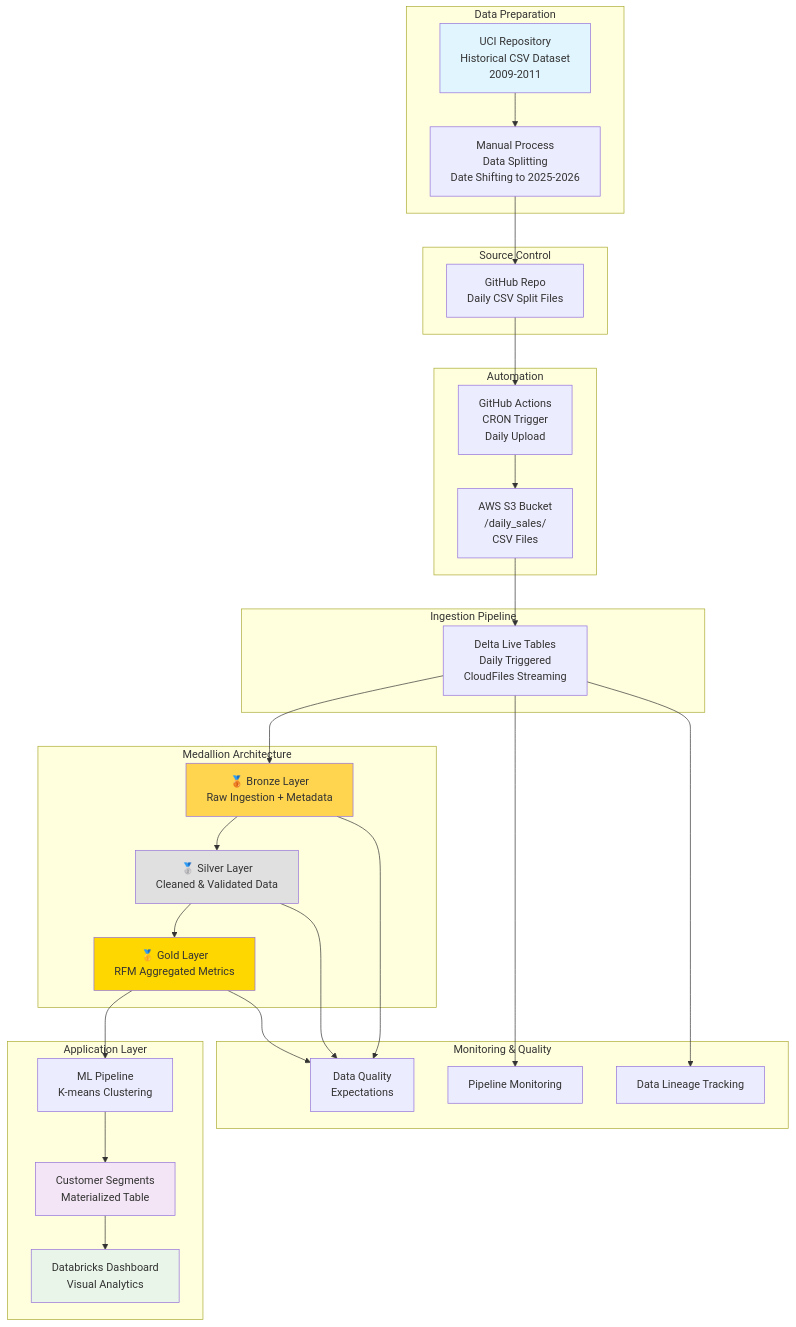
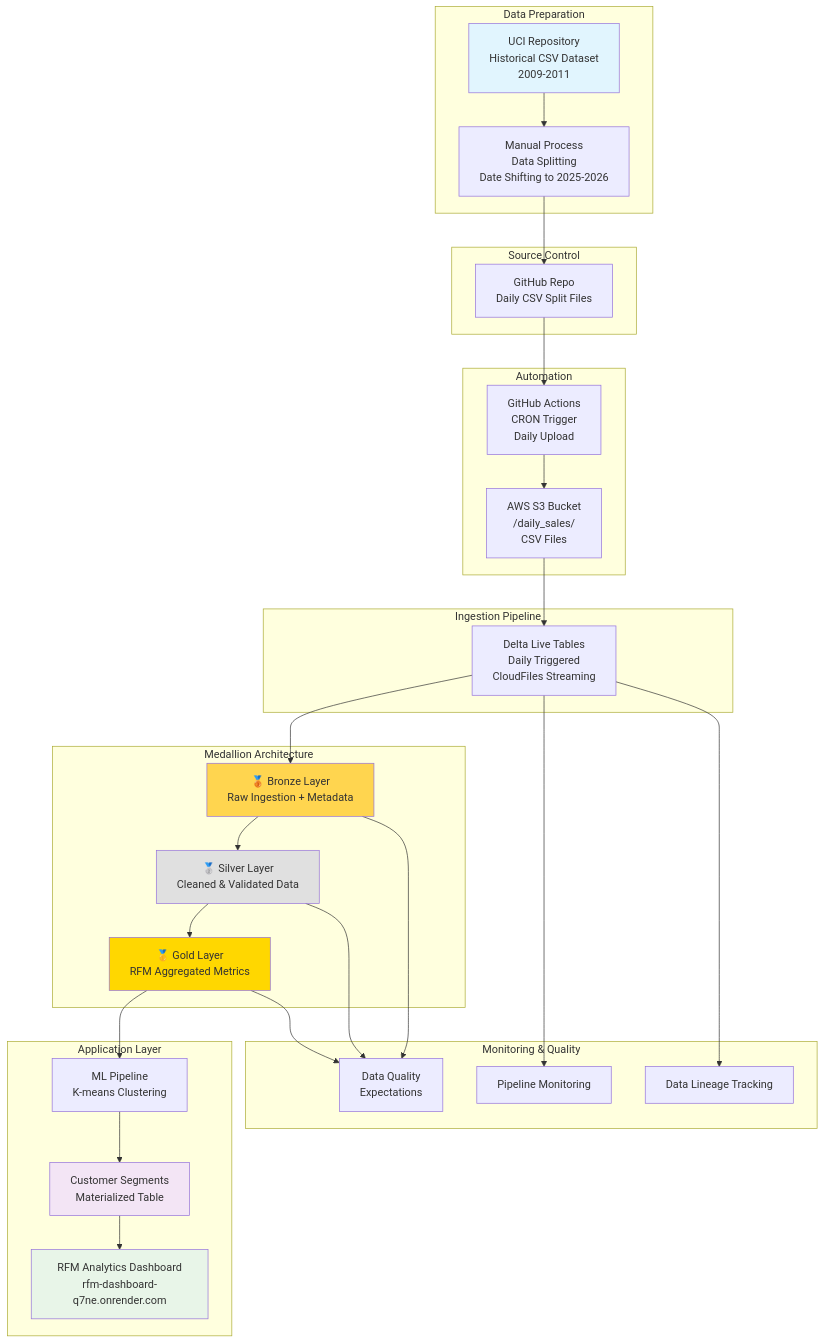
One commit to jemusni07/retail-pipeline changed the first of 2 diagrams in README.md. Above: the diagram before and after it, drawn with Mermaid. The commit also changed other lines of this file, not shown here.

````diff
--- a/README.md
+++ b/README.md
@@ -18,63 +30,63 @@
 ```mermaid
 graph TD
     subgraph "Data Preparation"
         UCI[UCI Repository<br/>Historical CSV Dataset<br/>2009-2011]
         SPLIT[Manual Process<br/>Data Splitting<br/>Date Shifting to 2025-2026]
     end
     
     subgraph "Source Control"
         GITHUB[GitHub Repo<br/>Daily CSV Split Files]
     end
     
     subgraph "Automation"
         ACTIONS[GitHub Actions<br/>CRON Trigger<br/>Daily Upload]
         S3[AWS S3 Bucket<br/>/daily_sales/<br/>CSV Files]
     end
     
     subgraph "Ingestion Pipeline"
         DLT[Delta Live Tables<br/>Daily Triggered<br/>CloudFiles Streaming]
     end
     
     subgraph "Medallion Architecture"
         BRONZE[🥉 Bronze Layer<br/>Raw Ingestion + Metadata]
         SILVER[🥈 Silver Layer<br/>Cleaned & Validated Data]
         GOLD[🥇 Gold Layer<br/>RFM Aggregated Metrics]
     end
     
     subgraph "Application Layer"
         ML[ML Pipeline<br/>K-means Clustering]
         SEGMENTS[Customer Segments<br/>Materialized Table]
-        DASHBOARD[Databricks Dashboard<br/>Visual Analytics]
+        DASHBOARD[RFM Analytics Dashboard<br/>rfm-dashboard-q7ne.onrender.com]
     end
     
     subgraph "Monitoring & Quality"
         DQ[Data Quality<br/>Expectations]
         MONITOR[Pipeline Monitoring]
         LINEAGE[Data Lineage Tracking]
     end
     
     UCI --> SPLIT
     SPLIT --> GITHUB
     GITHUB --> ACTIONS
     ACTIONS --> S3
     S3 --> DLT
     DLT --> BRONZE
     BRONZE --> SILVER
     SILVER --> GOLD
     GOLD --> ML
     ML --> SEGMENTS
     SEGMENTS --> DASHBOARD
     
     BRONZE --> DQ
     SILVER --> DQ
     GOLD --> DQ
     DLT --> MONITOR
     DLT --> LINEAGE
     
     style UCI fill:#e1f5fe
     style SEGMENTS fill:#f3e5f5
     style DASHBOARD fill:#e8f5e8
     style BRONZE fill:#ffd54f
     style SILVER fill:#e0e0e0
     style GOLD fill:#ffd700
 ```
````
